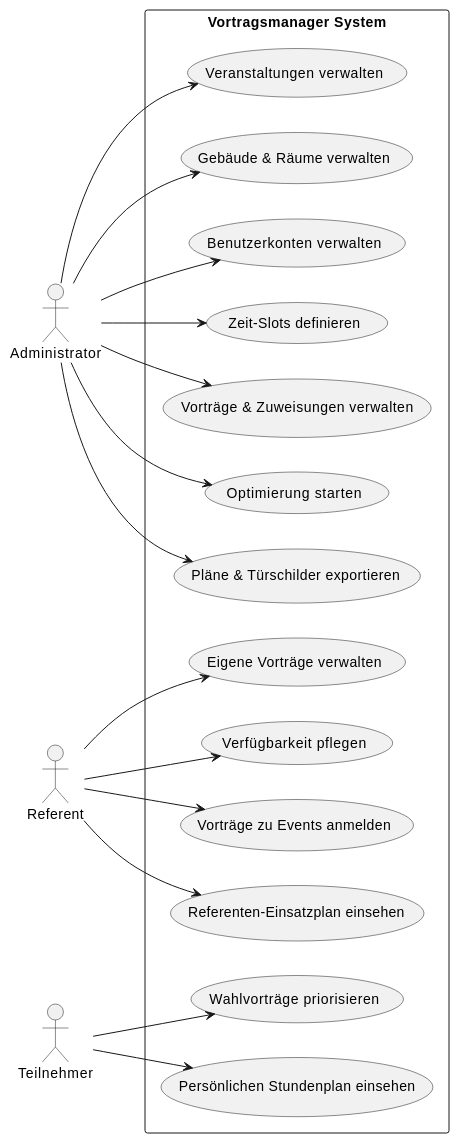
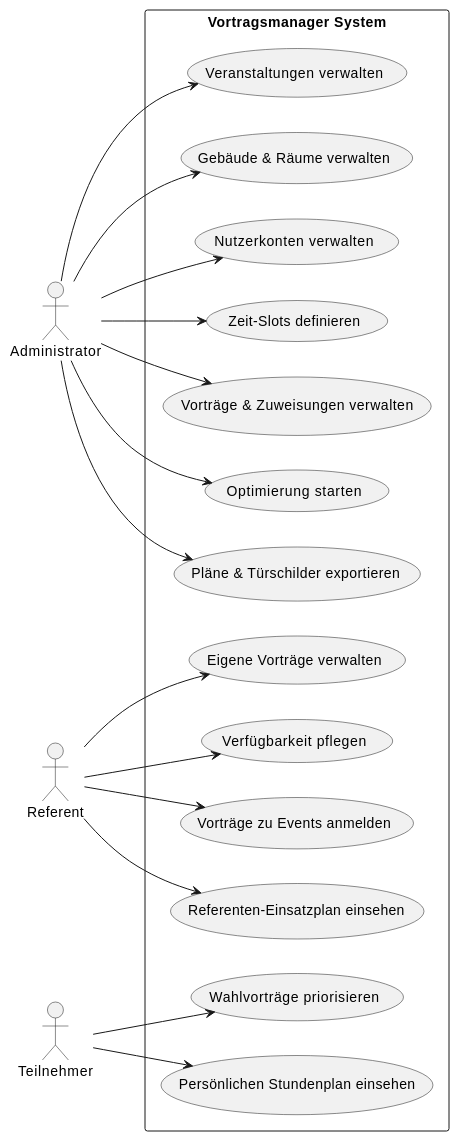
Before and after one commit to dylanaut/konfplan: the diagram in backend/src/main/asciidoc/USE_CASES_gemini.adoc, drawn with PlantUML. The commit also changed other lines of this file and 16 other files, not shown here.

```diff
--- a/backend/src/main/asciidoc/USE_CASES_gemini.adoc
+++ b/backend/src/main/asciidoc/USE_CASES_gemini.adoc
@@ -11,45 +11,45 @@
 [plantuml, usecase-diagram, svg]
 ----
 @startuml
 left to right direction
 skinparam packageStyle rectangle
 
 actor "Administrator" as Admin
 actor "Referent" as Ref
 actor "Teilnehmer" as User
 
 package "Vortragsmanager System" {
   (Veranstaltungen verwalten) as UC1
   (Gebäude & Räume verwalten) as UC2
-  (Benutzerkonten verwalten) as UC3
+  (Nutzerkonten verwalten) as UC3
   (Zeit-Slots definieren) as UC4
   (Vorträge & Zuweisungen verwalten) as UC5
   (Optimierung starten) as UC6
   (Pläne & Türschilder exportieren) as UC7
 
   (Eigene Vorträge verwalten) as UC8
   (Verfügbarkeit pflegen) as UC9
   (Vorträge zu Events anmelden) as UC10
   (Referenten-Einsatzplan einsehen) as UC11
 
   (Wahlvorträge priorisieren) as UC12
   (Persönlichen Stundenplan einsehen) as UC13
 }
 
 Admin --> UC1
 Admin --> UC2
 Admin --> UC3
 Admin --> UC4
 Admin --> UC5
 Admin --> UC6
 Admin --> UC7
 
 Ref --> UC8
 Ref --> UC9
 Ref --> UC10
 Ref --> UC11
 
 User --> UC12
 User --> UC13
 @enduml
 ----
```
